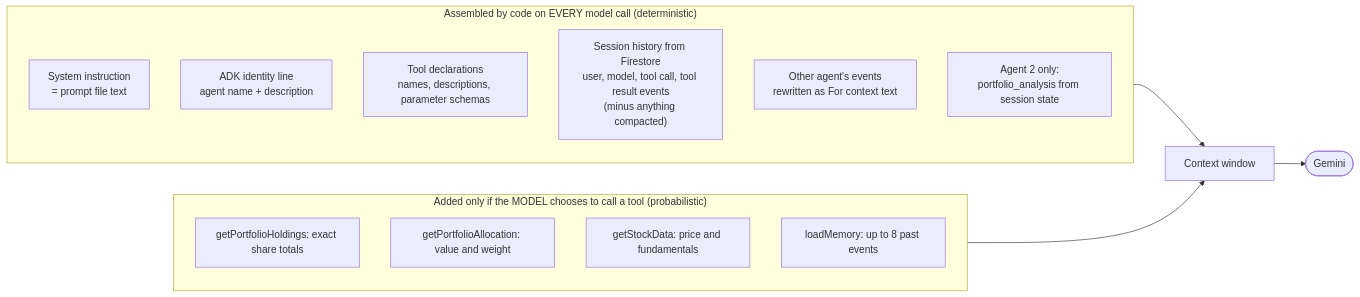
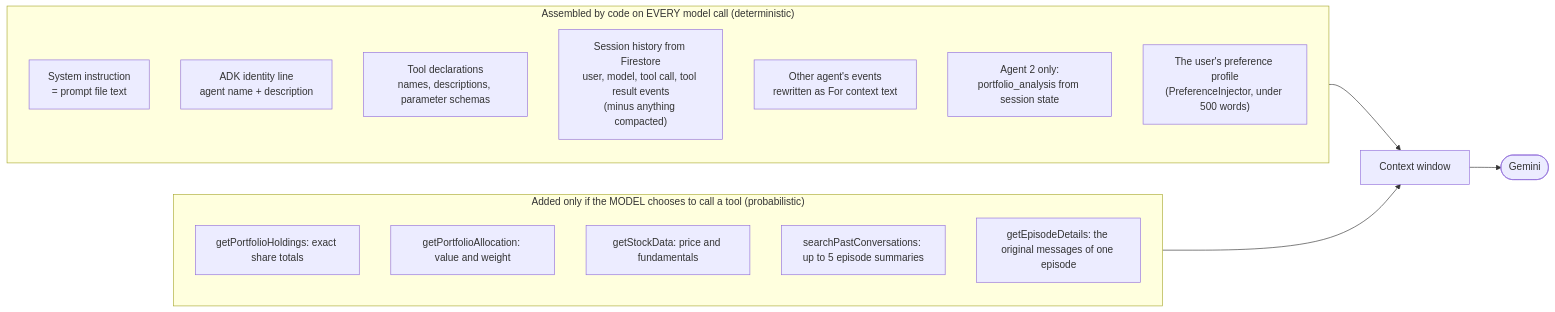
Diagram 13 of 14 in Routing.md (Akash-repo/wealth-advisor), drawn with Mermaid before and after one commit. The commit also changed other lines of this file and 7 other files, not shown here.

````diff
--- a/Routing.md
+++ b/Routing.md
@@ -582,24 +612,26 @@
 ```mermaid
 flowchart LR
     subgraph DET["Assembled by code on EVERY model call (deterministic)"]
         direction TB
         D1["System instruction<br/>= prompt file text"]
         D2["ADK identity line<br/>agent name + description"]
         D3["Tool declarations<br/>names, descriptions, parameter schemas"]
         D4["Session history from Firestore<br/>user, model, tool call, tool result events<br/>(minus anything compacted)"]
         D5["Other agent's events<br/>rewritten as For context text"]
         D6["Agent 2 only:<br/>portfolio_analysis from session state"]
+        D7["The user's preference profile<br/>(PreferenceInjector, under 500 words)"]
     end
 
     subgraph PROB["Added only if the MODEL chooses to call a tool (probabilistic)"]
         direction TB
         P2["getPortfolioHoldings: exact share totals"]
         P3["getPortfolioAllocation: value and weight"]
         P4["getStockData: price and fundamentals"]
-        P5["loadMemory: up to 8 past events"]
+        P5["searchPastConversations: up to 5 episode summaries"]
+        P6["getEpisodeDetails: the original messages of one episode"]
     end
 
     DET --> CTX["Context window"]
     PROB --> CTX
     CTX --> GEM(["Gemini"])
 ```
````
